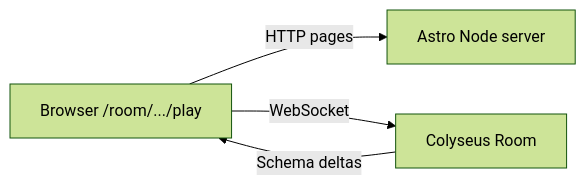
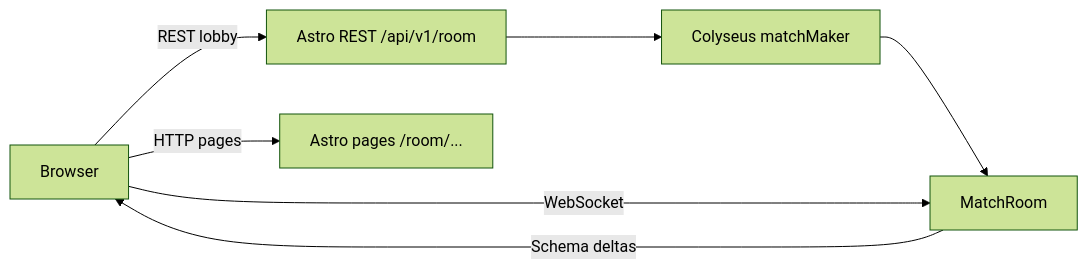
One commit to MaxiGarcia13/conter-strai changed the first of 2 diagrams in specs/us-5/design.md. Above: the diagram before and after it, drawn with Mermaid (forest theme). The commit also changed other lines of this file and 2 other files, not shown here.

Commit message:
feat: Introduce REST API for room management, enabling room creation, status checks, and seat claims, while integrating Colyseus for real-time gameplay

````diff
--- a/specs/us-5/design.md
+++ b/specs/us-5/design.md
@@ -16,9 +18,14 @@
 ```mermaid
 flowchart LR
-  Browser["Browser /room/.../play"]
-  AstroNode["Astro Node server"]
-  Colyseus["Colyseus Room"]
-  Browser -->|"HTTP pages"| AstroNode
-  Browser -->|"WebSocket"| Colyseus
-  Colyseus -->|"Schema deltas"| Browser
+  Browser["Browser"]
+  AstroREST["Astro REST /api/v1/room"]
+  AstroPages["Astro pages /room/..."]
+  MatchMaker["Colyseus matchMaker"]
+  MatchRoom["MatchRoom"]
+  Browser -->|"HTTP pages"| AstroPages
+  Browser -->|"REST lobby"| AstroREST
+  AstroREST --> MatchMaker
+  MatchMaker --> MatchRoom
+  Browser -->|"WebSocket"| MatchRoom
+  MatchRoom -->|"Schema deltas"| Browser
 ```
````
